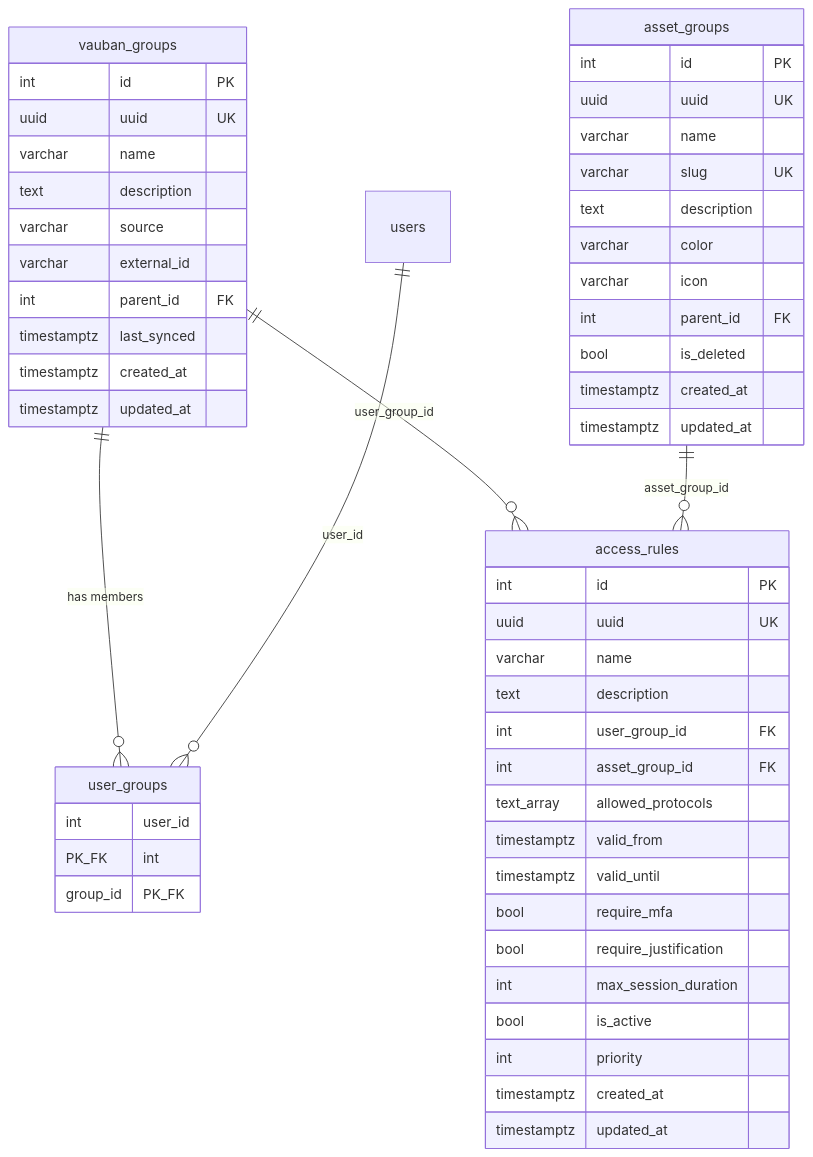
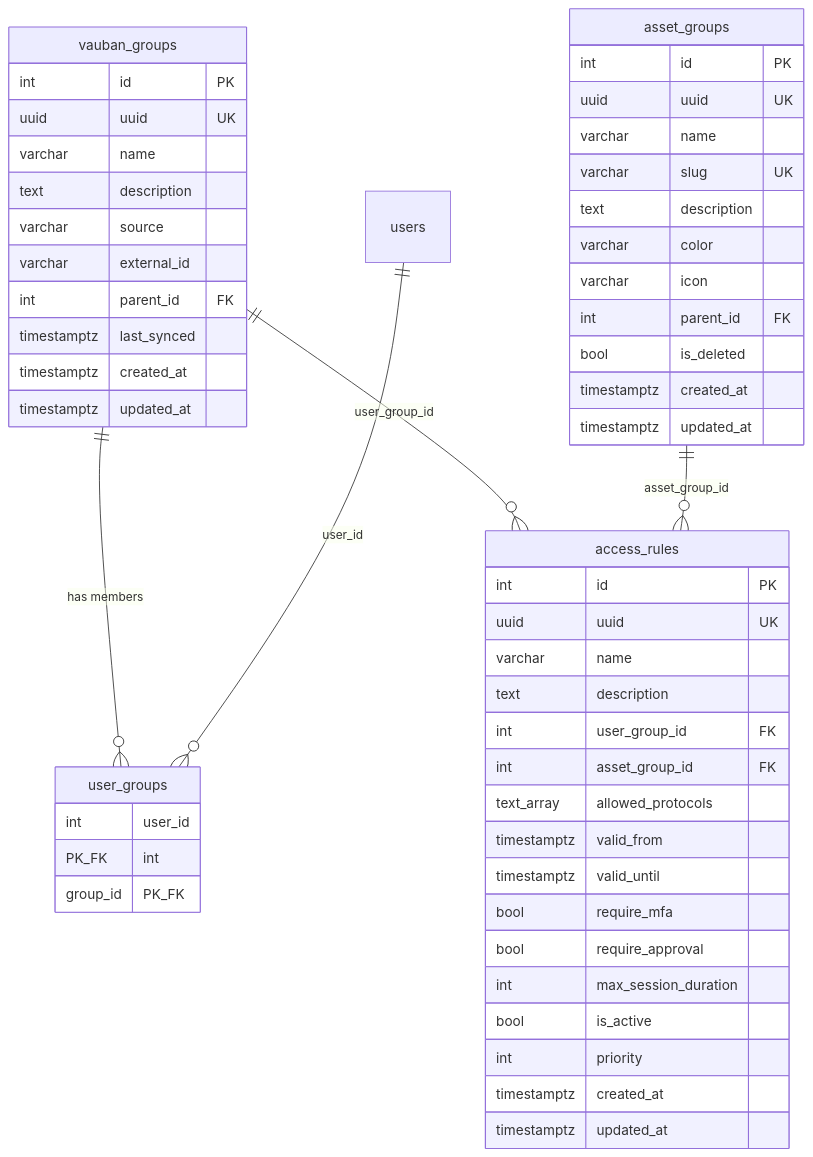
One commit to rbenaley/Vauban changed diagram 11 of 15 in docs/technical/Vauban_IAM_Architecture_EN(1.0).md. Above: the diagram before and after it, drawn with Mermaid. The commit also changed other lines of this file and 58 other files, not shown here.

````diff
--- a/docs/technical/Vauban_IAM_Architecture_EN(1.0).md
+++ b/docs/technical/Vauban_IAM_Architecture_EN(1.0).md
@@ -538,58 +538,58 @@
 ```mermaid
 erDiagram
     vauban_groups ||--o{ user_groups : "has members"
     vauban_groups ||--o{ access_rules : "user_group_id"
     asset_groups ||--o{ access_rules : "asset_group_id"
     users ||--o{ user_groups : "user_id"
 
     vauban_groups {
         int id PK
         uuid uuid UK
         varchar name
         text description
         varchar source
         varchar external_id
         int parent_id FK
         timestamptz last_synced
         timestamptz created_at
         timestamptz updated_at
     }
 
     user_groups {
         int user_id PK_FK
         int group_id PK_FK
     }
 
     asset_groups {
         int id PK
         uuid uuid UK
         varchar name
         varchar slug UK
         text description
         varchar color
         varchar icon
         int parent_id FK
         bool is_deleted
         timestamptz created_at
         timestamptz updated_at
     }
 
     access_rules {
         int id PK
         uuid uuid UK
         varchar name
         text description
         int user_group_id FK
         int asset_group_id FK
         text_array allowed_protocols
         timestamptz valid_from
         timestamptz valid_until
         bool require_mfa
-        bool require_justification
+        bool require_approval
         int max_session_duration
         bool is_active
         int priority
         timestamptz created_at
         timestamptz updated_at
     }
 ```
````
